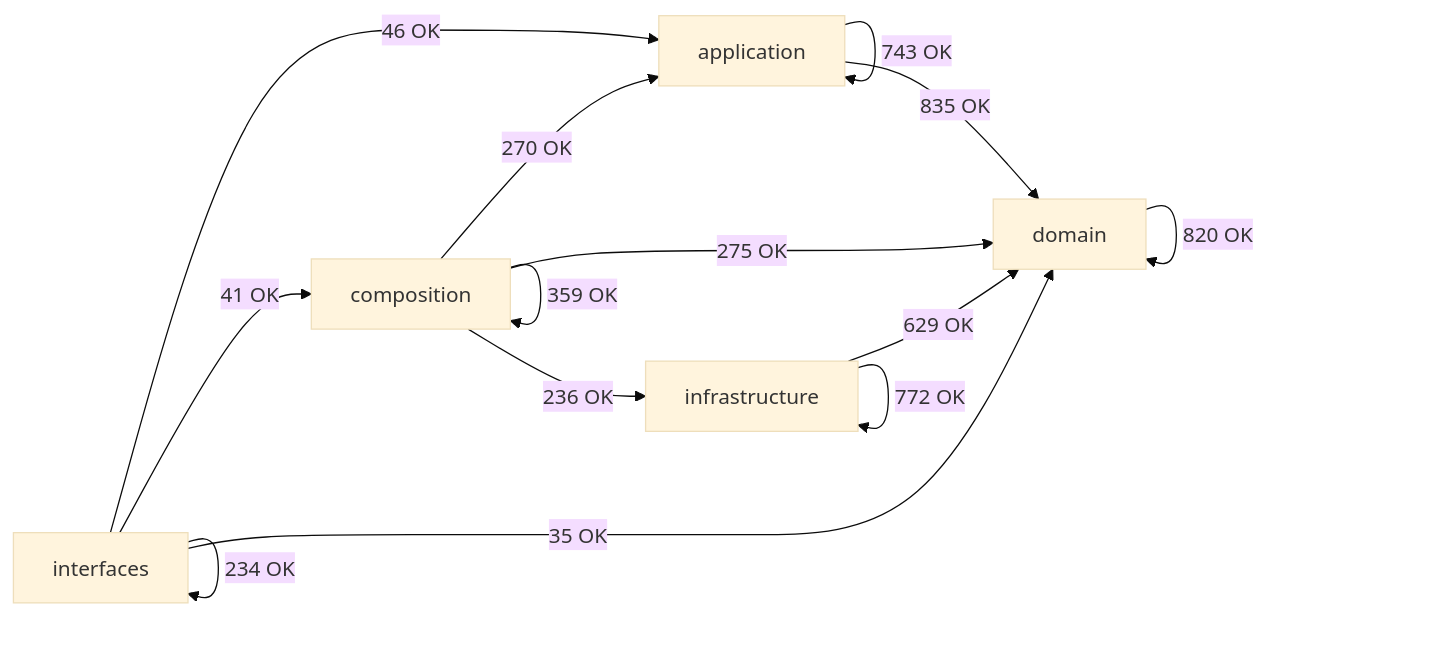
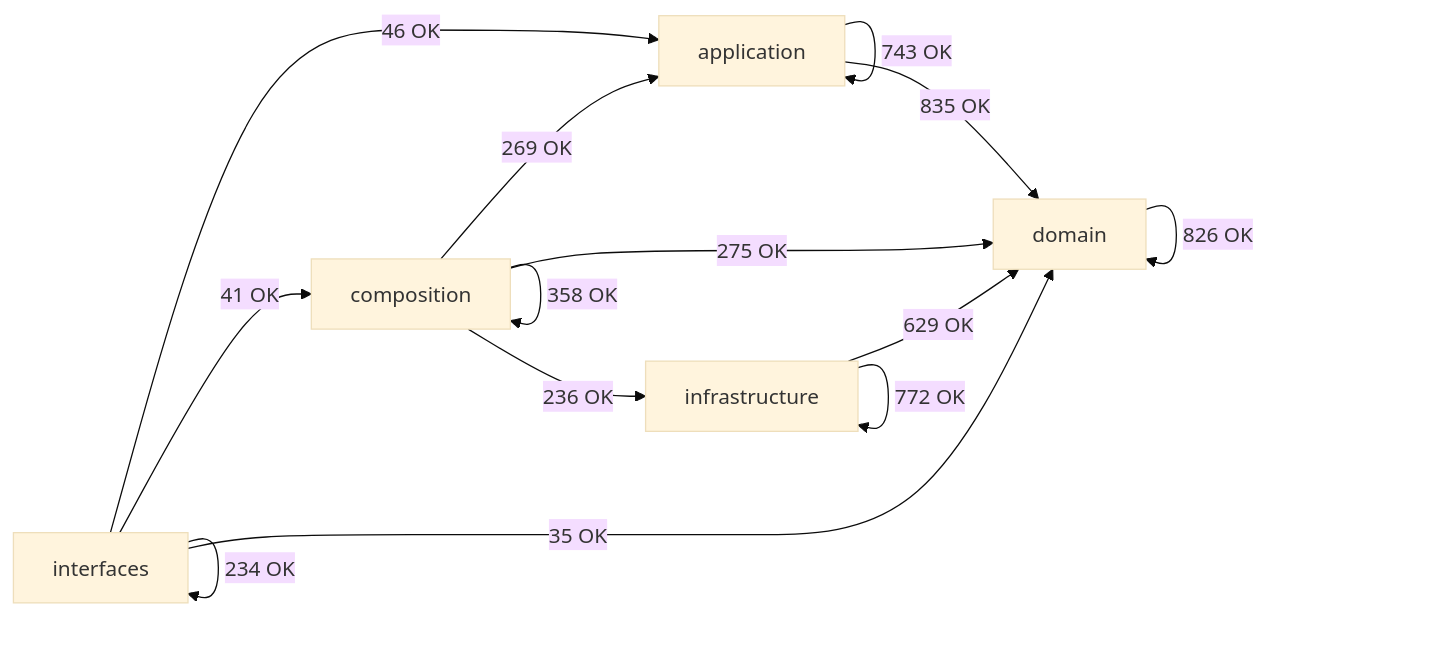
Before and after one commit to SatoryKono/BioactivityDataAcquisition: the diagram in docs/02-architecture/generated/module-dependency-map.md, drawn with Mermaid (base theme). The commit also changed other lines of this file and 90 other files, not shown here.

````diff
--- a/docs/02-architecture/generated/module-dependency-map.md
+++ b/docs/02-architecture/generated/module-dependency-map.md
@@ -26,21 +26,21 @@
 ```mermaid
 flowchart LR
     domain[domain]
     application[application]
     infrastructure[infrastructure]
     composition[composition]
     interfaces[interfaces]
     application -->|743 OK| application
     application -->|835 OK| domain
-    composition -->|270 OK| application
-    composition -->|359 OK| composition
+    composition -->|269 OK| application
+    composition -->|358 OK| composition
     composition -->|275 OK| domain
     composition -->|236 OK| infrastructure
-    domain -->|820 OK| domain
+    domain -->|826 OK| domain
     infrastructure -->|629 OK| domain
     infrastructure -->|772 OK| infrastructure
     interfaces -->|46 OK| application
     interfaces -->|41 OK| composition
     interfaces -->|35 OK| domain
     interfaces -->|234 OK| interfaces
 ```
````
